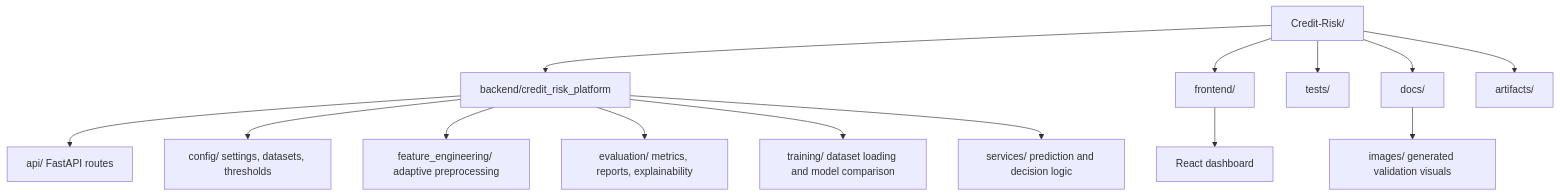
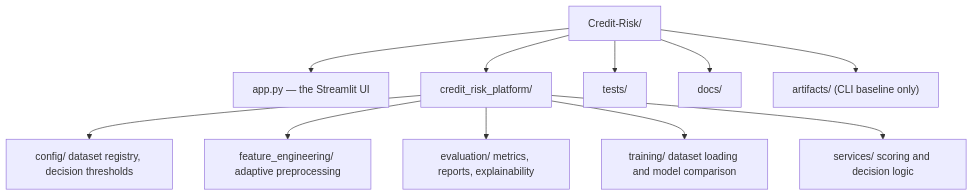
Before and after one commit to AgrmRana/Credit-Risk: the second of 2 diagrams in README.md, drawn with Mermaid. The commit also changed other lines of this file and 56 other files, not shown here.

````diff
--- a/README.md
+++ b/README.md
@@ -57,16 +44,13 @@
 ```mermaid
 flowchart TD
-    R["Credit-Risk/"] --> B["backend/credit_risk_platform"]
-    R --> F["frontend/"]
+    R["Credit-Risk/"] --> APP["app.py — the Streamlit UI"]
+    R --> P["credit_risk_platform/"]
     R --> T["tests/"]
     R --> D["docs/"]
-    R --> A["artifacts/"]
-    B --> API["api/ FastAPI routes"]
-    B --> CFG["config/ settings, datasets, thresholds"]
-    B --> FE["feature_engineering/ adaptive preprocessing"]
-    B --> EV["evaluation/ metrics, reports, explainability"]
-    B --> TR["training/ dataset loading and model comparison"]
-    B --> SVC["services/ prediction and decision logic"]
-    F --> UI["React dashboard"]
-    D --> IMG["images/ generated validation visuals"]
+    R --> A["artifacts/ (CLI baseline only)"]
+    P --> CFG["config/ dataset registry, decision thresholds"]
+    P --> FE["feature_engineering/ adaptive preprocessing"]
+    P --> EV["evaluation/ metrics, reports, explainability"]
+    P --> TR["training/ dataset loading and model comparison"]
+    P --> SVC["services/ scoring and decision logic"]
 ```
````
